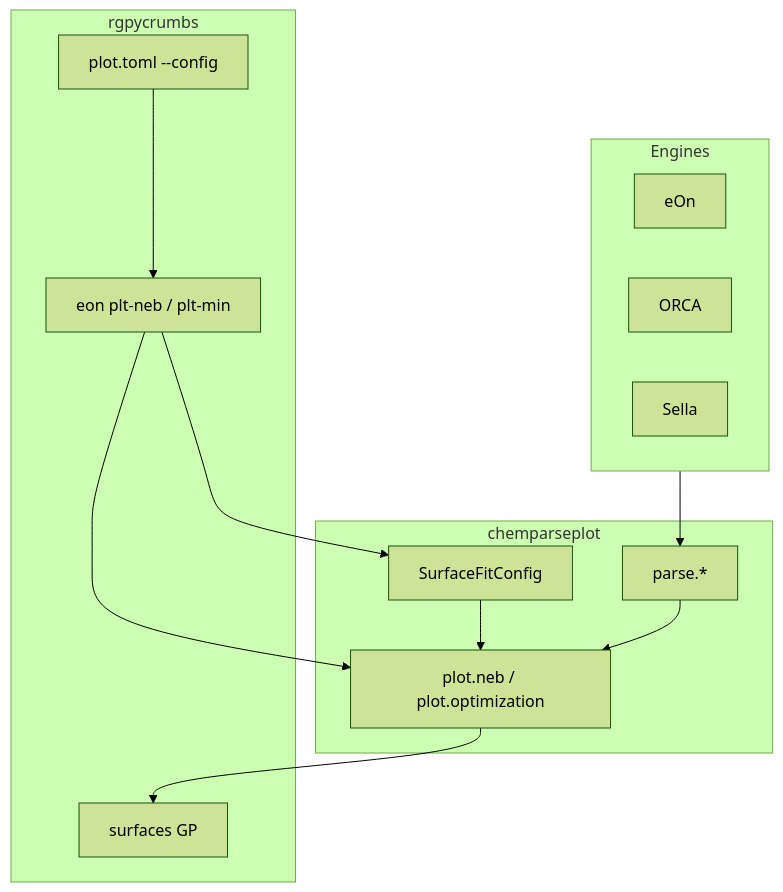
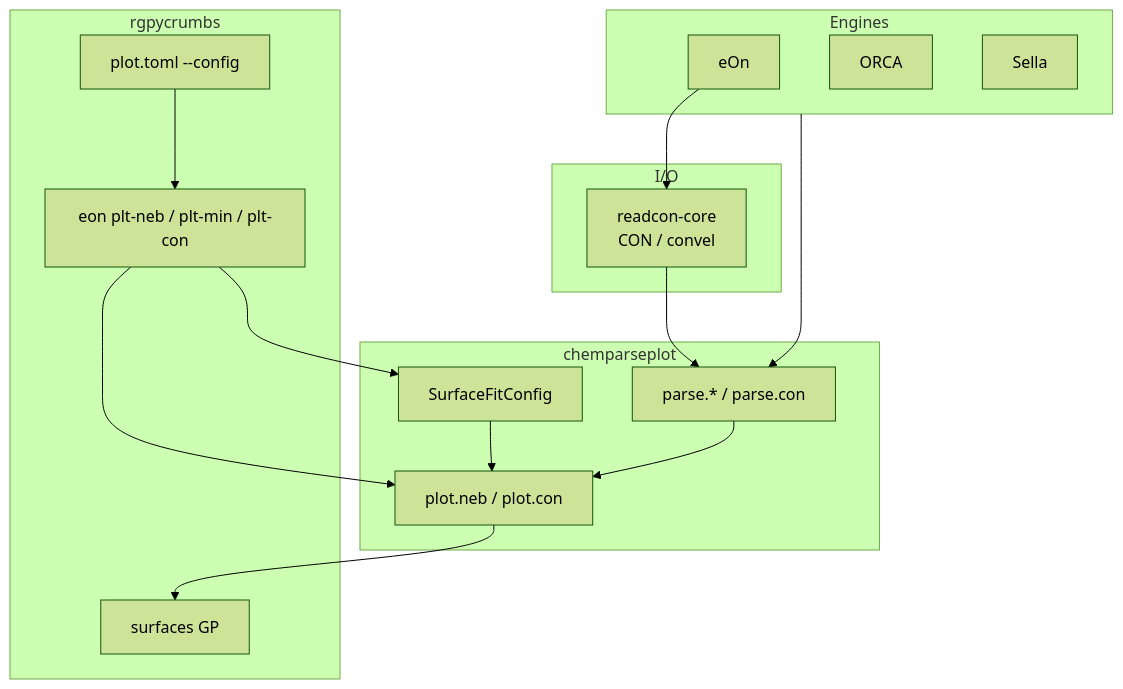
The diagram in doc/source/index.rst (HaoZeke/chemparseplot), drawn with Mermaid (forest theme) before and after one commit. The commit also changed 6 other files, not shown here.

First line of the commit message:
docs: link readcon-core in ecosystem nav and suite diagrams

```diff
--- a/doc/source/index.rst
+++ b/doc/source/index.rst
@@ -54,25 +54,30 @@
 .. mermaid::
 
    flowchart TB
      subgraph engines["Engines"]
        EON[eOn]
        ORCA[ORCA]
        SELLA[Sella]
      end
+     subgraph io["I/O"]
+       RC["readcon-core<br/>CON / convel"]
+     end
      subgraph cpp["chemparseplot"]
-       PARSE[parse.*]
-       PLOT[plot.neb / plot.optimization]
+       PARSE[parse.* / parse.con]
+       PLOT[plot.neb / plot.con]
        SFC[SurfaceFitConfig]
      end
      subgraph rgp["rgpycrumbs"]
        SURF[surfaces GP]
-       CLI[eon plt-neb / plt-min]
+       CLI[eon plt-neb / plt-min / plt-con]
        TOML["plot.toml --config"]
      end
      engines --> PARSE
+     EON --> RC
+     RC --> PARSE
      PARSE --> PLOT
      PLOT --> SURF
      SFC --> PLOT
      TOML --> CLI
      CLI --> PLOT
      CLI --> SFC
```
